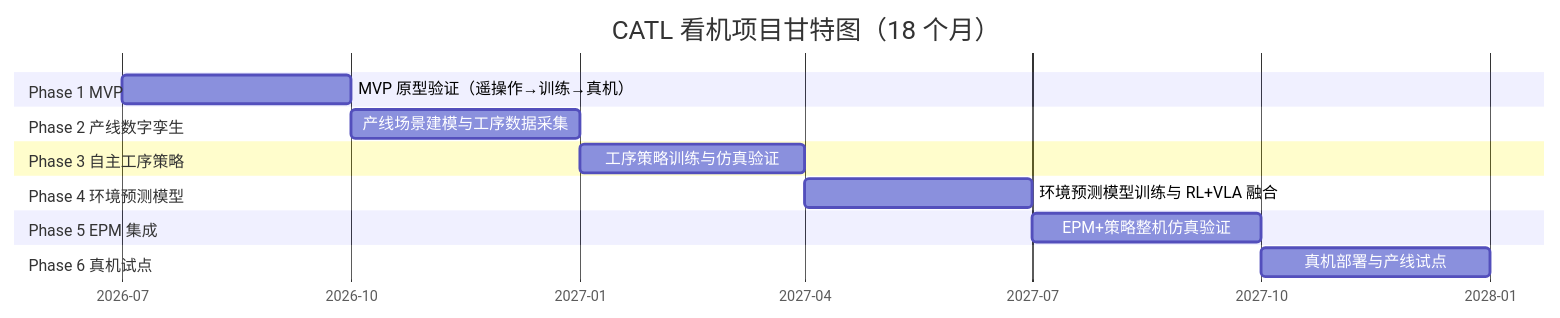
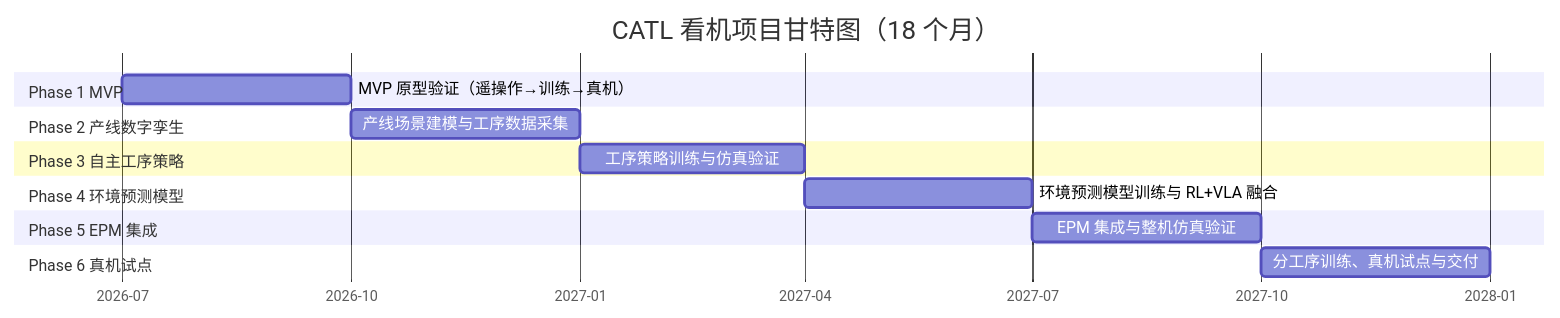
One commit to chensisi0730/obsidian_geesun changed the second of 3 diagrams in wiki/机器人/CATL 看机双足人形机器人开发规划.md. Above: the diagram before and after it, drawn with Mermaid. The commit also changed other lines of this file and 41 other files, not shown here.

````diff
--- a/wiki/机器人/CATL 看机双足人形机器人开发规划.md
+++ b/wiki/机器人/CATL 看机双足人形机器人开发规划.md
@@ -68,24 +68,24 @@
 ```mermaid
 gantt
     title CATL 看机项目甘特图（18 个月）
     dateFormat  YYYY-MM
     axisFormat  %Y-%m
 
     section Phase 1 MVP
     MVP 原型验证（遥操作→训练→真机）:p1, 2026-07, 3M
 
     section Phase 2 产线数字孪生
     产线场景建模与工序数据采集:p2, 2026-10, 3M
 
     section Phase 3 自主工序策略
     工序策略训练与仿真验证:p3, 2027-01, 3M
 
     section Phase 4 环境预测模型
     环境预测模型训练与 RL+VLA 融合:p4, 2027-04, 3M
 
     section Phase 5 EPM 集成
-    EPM+策略整机仿真验证:p5, 2027-07, 3M
+    EPM 集成与整机仿真验证:p5, 2027-07, 3M
 
     section Phase 6 真机试点
-    真机部署与产线试点:p6, 2027-10, 3M
+    分工序训练、真机试点与交付:p6, 2027-10, 3M
 ```
````
